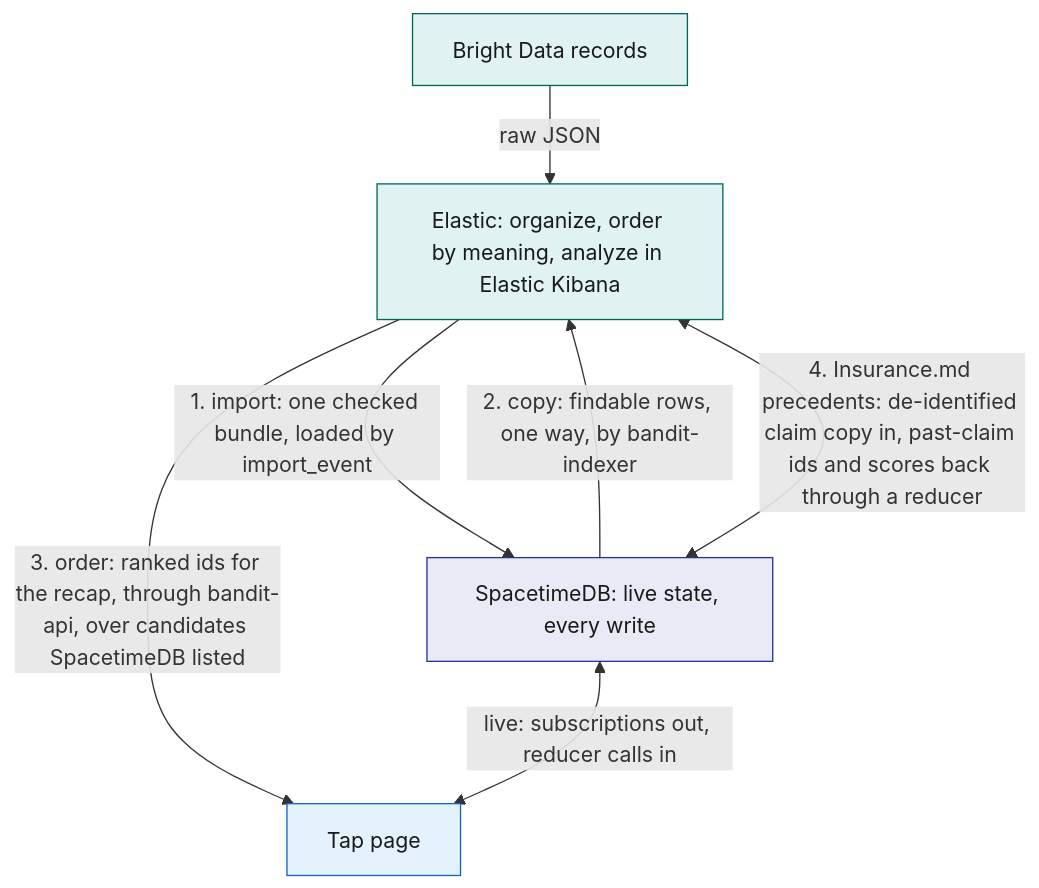
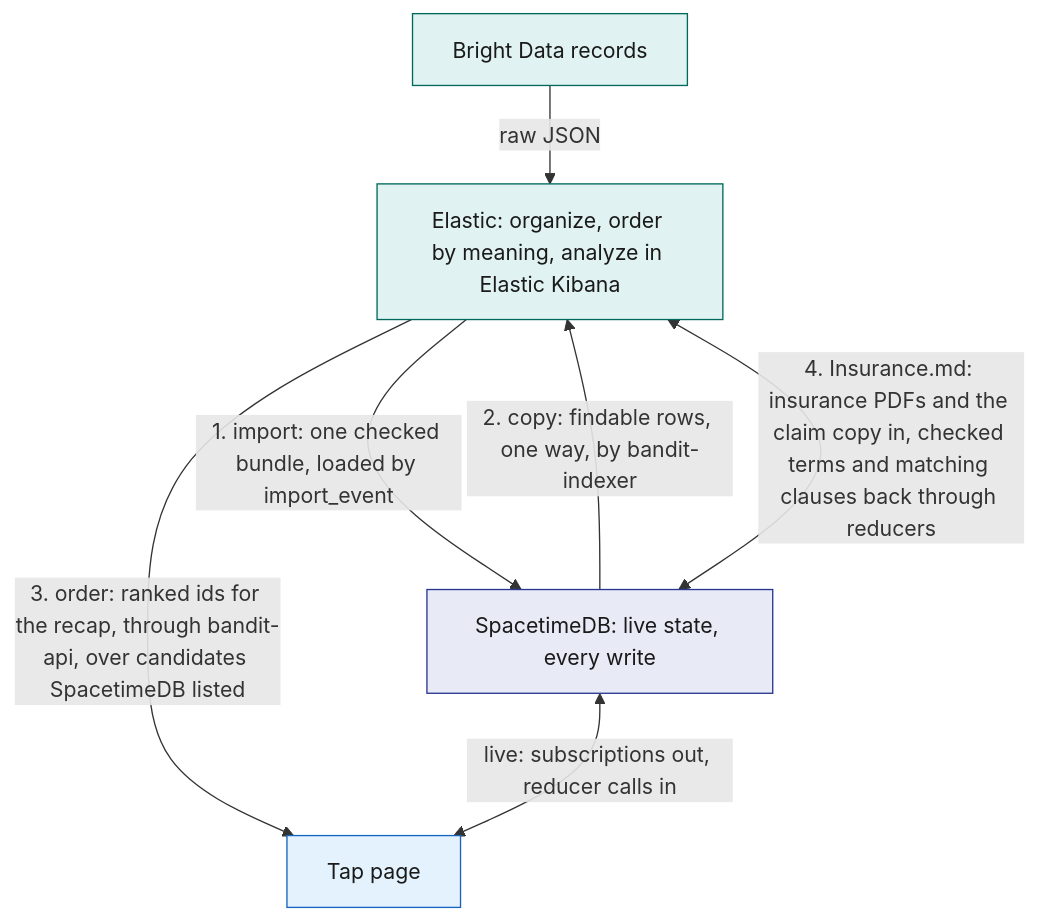
One commit to viktorinkov/cal-hacks-13 changed the fourth of 5 diagrams in System Design/1-overview/Architecture.md. Above: the diagram before and after it, drawn with Mermaid. The commit also changed other lines of this file and 5 other files, not shown here.

Commit message:
system design: policy clauses instead of past claims, Claude decides under the guard

````diff
--- a/System Design/1-overview/Architecture.md
+++ b/System Design/1-overview/Architecture.md
@@ -348,15 +354,15 @@
 ```mermaid
 flowchart TB
   BD["Bright Data records"] -->|"raw JSON"| ES["Elastic: organize, order by meaning, analyze in Elastic Kibana"]
   ES -->|"1. import: one checked bundle, loaded by import_event"| STDB["SpacetimeDB: live state, every write"]
   STDB -->|"2. copy: findable rows, one way, by bandit-indexer"| ES
   ES -->|"3. order: ranked ids for the recap, through bandit-api, over candidates SpacetimeDB listed"| APP["Tap page"]
-  STDB <-->|"4. Insurance.md precedents: de-identified claim copy in, past-claim ids and scores back through a reducer"| ES
+  STDB <-->|"4. Insurance.md: insurance PDFs and the claim copy in, checked terms and matching clauses back through reducers"| ES
   STDB <-->|"live: subscriptions out, reducer calls in"| APP
   classDef stdb fill:#E8EAF6,stroke:#283593,color:#1A1A1A
   classDef ext fill:#E0F2F1,stroke:#00695C,color:#1A1A1A
   classDef web fill:#E3F2FD,stroke:#1565C0,color:#1A1A1A
   class STDB stdb
   class ES,BD ext
   class APP web
 ```
````
